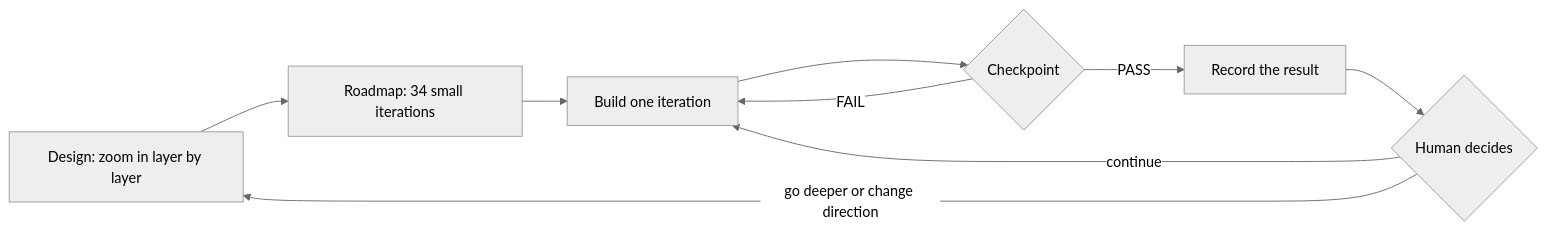
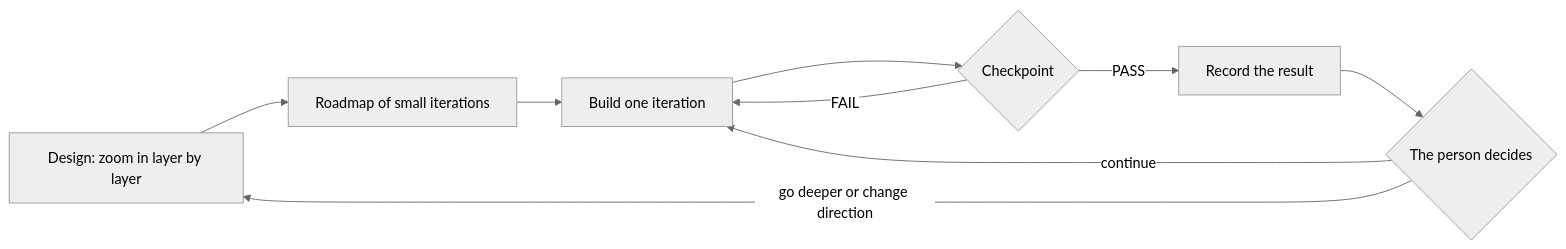
The fifth of 5 diagrams in hot-server-swap/README.md (amitdu6ey/experiments), drawn with Mermaid (neutral theme) before and after one commit. The commit also changed other lines of this file and 7 other files, not shown here.

````diff
--- a/hot-server-swap/README.md
+++ b/hot-server-swap/README.md
@@ -324,11 +333,11 @@
 ```mermaid
 flowchart LR
-    D["Design: zoom in layer by layer"] --> RM["Roadmap: 34 small iterations"]
+    D["Design: zoom in layer by layer"] --> RM["Roadmap of small iterations"]
     RM --> I["Build one iteration"]
     I --> CK{"Checkpoint"}
     CK -->|"FAIL"| I
     CK -->|"PASS"| REC["Record the result"]
-    REC --> H{"Human decides"}
+    REC --> H{"The person decides"}
     H -->|"continue"| I
     H -->|"go deeper or change direction"| D
 ```
````
